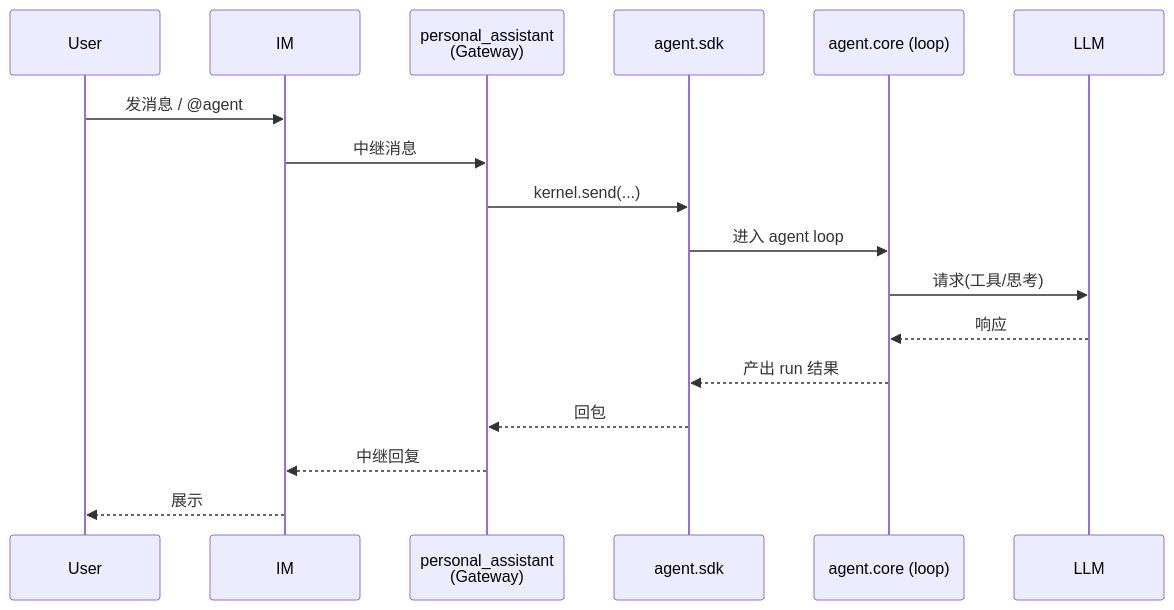
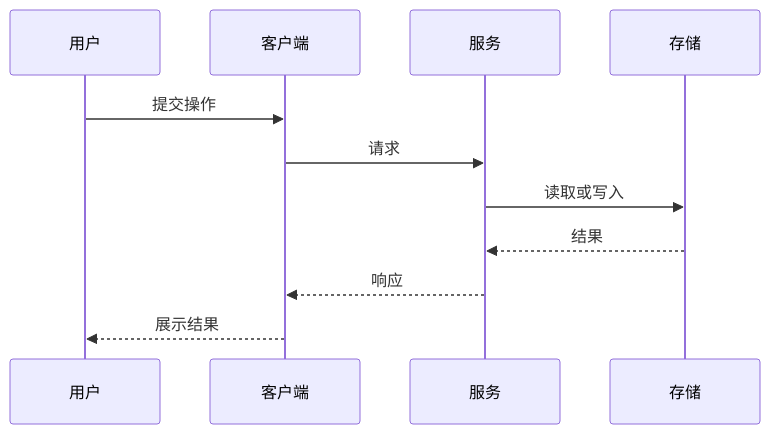
Before and after one commit to Mrchen116/nano-multiagent: the second of 6 diagrams in .claude/skills/change-design-author/references/diagrams.md, drawn with Mermaid. The commit also changed other lines of this file and 9 other files, not shown here.

````diff
--- a/.claude/skills/change-design-author/references/diagrams.md
+++ b/.claude/skills/change-design-author/references/diagrams.md
@@ -78,20 +67,13 @@
 ```mermaid
 sequenceDiagram
-    participant User
-    participant IM
-    participant GW as personal_assistant<br/>(Gateway)
-    participant SDK as agent.sdk
-    participant Core as agent.core (loop)
-    participant LLM
-
-    User->>IM: 发消息 / @agent
-    IM->>GW: 中继消息
-    GW->>SDK: kernel.send(...)
-    SDK->>Core: 进入 agent loop
-    Core->>LLM: 请求(工具/思考)
-    LLM-->>Core: 响应
-    Core-->>SDK: 产出 run 结果
-    SDK-->>GW: 回包
-    GW-->>IM: 中继回复
-    IM-->>User: 展示
+    participant User as 用户
+    participant Client as 客户端
+    participant Service as 服务
+    participant Store as 存储
+    User->>Client: 提交操作
+    Client->>Service: 请求
+    Service->>Store: 读取或写入
+    Store-->>Service: 结果
+    Service-->>Client: 响应
+    Client-->>User: 展示结果
 ```
````
